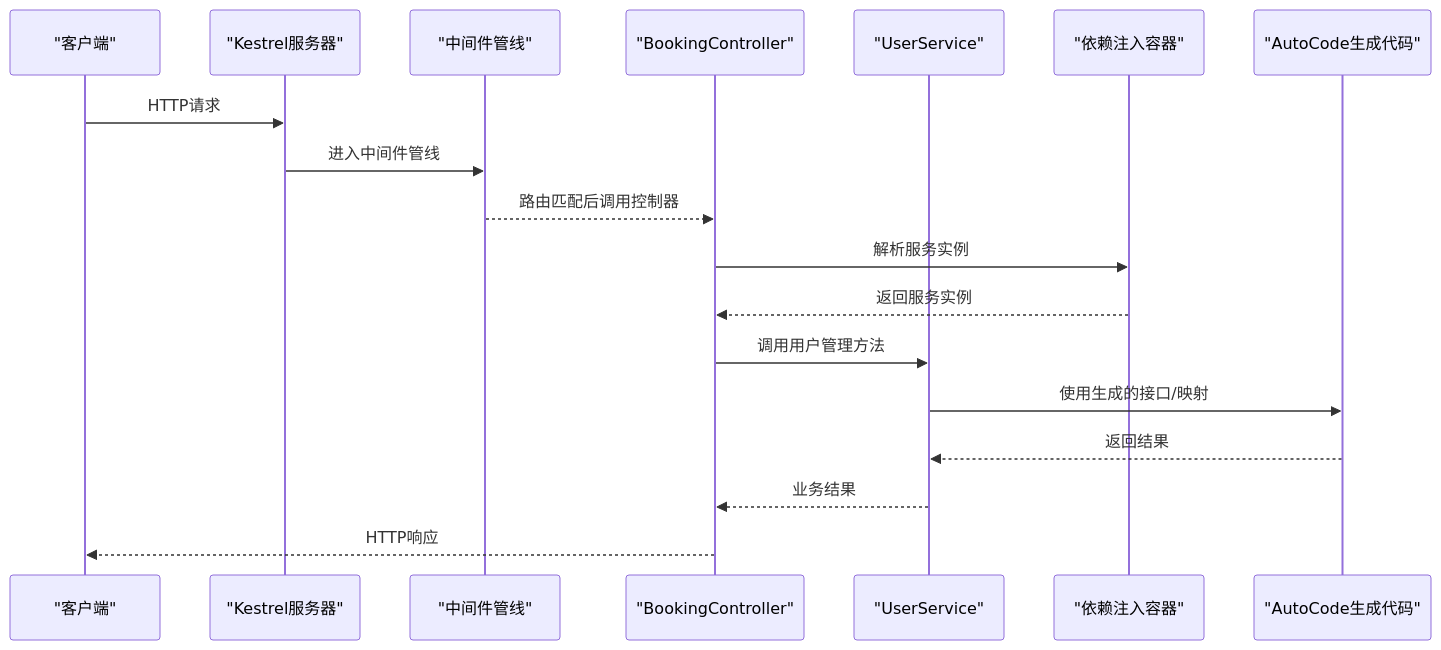
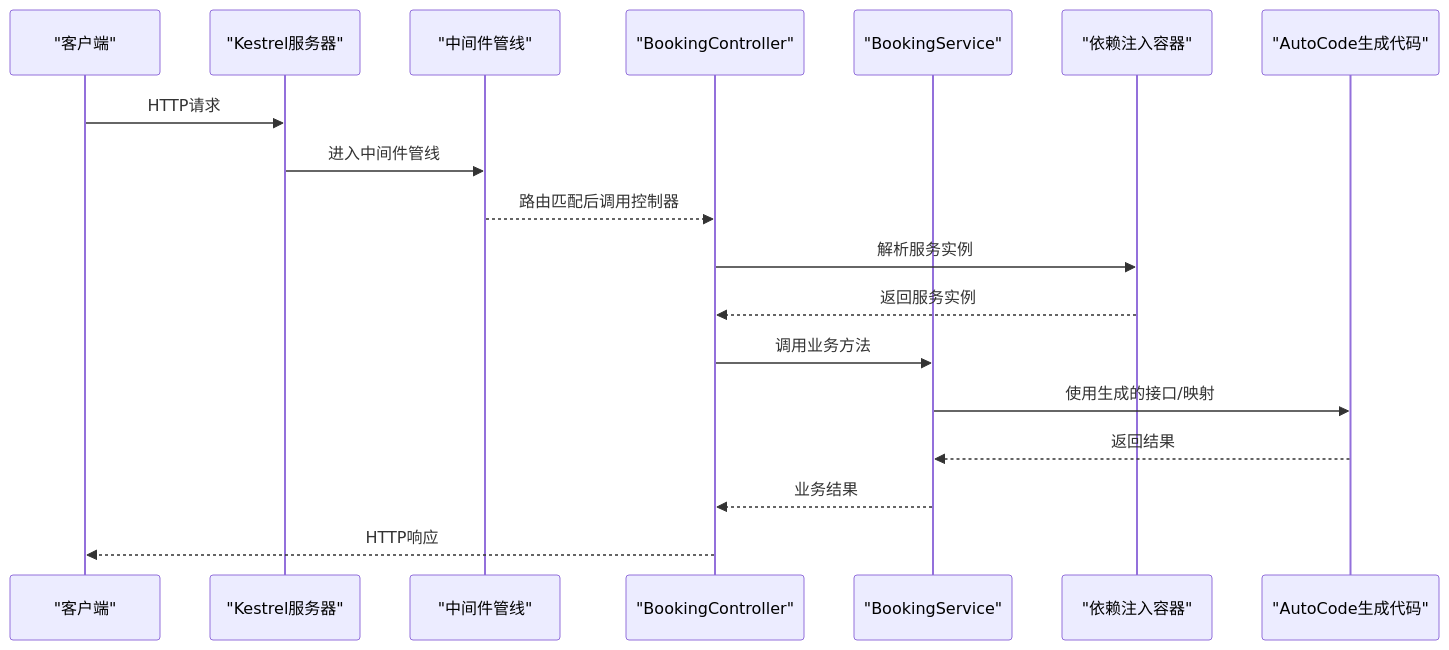
One commit to alivy/AutoCode changed the second of 8 diagrams in .qoder/repowiki/zh/content/Web API集成/Web API集成.md. Above: the diagram before and after it, drawn with Mermaid. The commit also changed other lines of this file and 152 other files, not shown here.

````diff
--- a/.qoder/repowiki/zh/content/Web API集成/Web API集成.md
+++ b/.qoder/repowiki/zh/content/Web API集成/Web API集成.md
@@ -186,20 +160,20 @@
 ```mermaid
 sequenceDiagram
 participant Client as "客户端"
 participant Kestrel as "Kestrel服务器"
 participant Middleware as "中间件管线"
 participant Controller as "BookingController"
-participant UserService as "UserService"
+participant Service as "BookingService"
 participant DI as "依赖注入容器"
 participant AutoGen as "AutoCode生成代码"
 Client->>Kestrel : HTTP请求
 Kestrel->>Middleware : 进入中间件管线
 Middleware-->>Controller : 路由匹配后调用控制器
 Controller->>DI : 解析服务实例
 DI-->>Controller : 返回服务实例
-Controller->>UserService : 调用用户管理方法
-UserService->>AutoGen : 使用生成的接口/映射
-AutoGen-->>UserService : 返回结果
-UserService-->>Controller : 业务结果
+Controller->>Service : 调用业务方法
+Service->>AutoGen : 使用生成的接口/映射
+AutoGen-->>Service : 返回结果
+Service-->>Controller : 业务结果
 Controller-->>Client : HTTP响应
 ```
````
